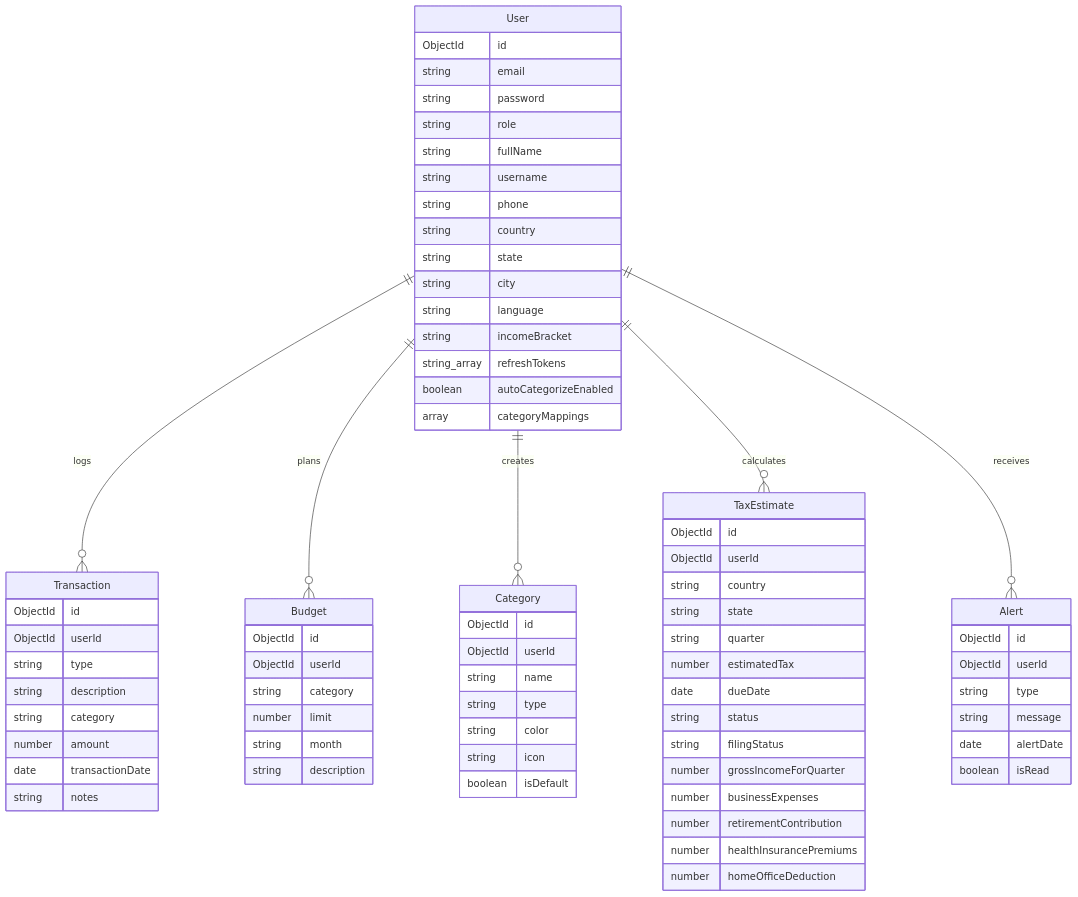
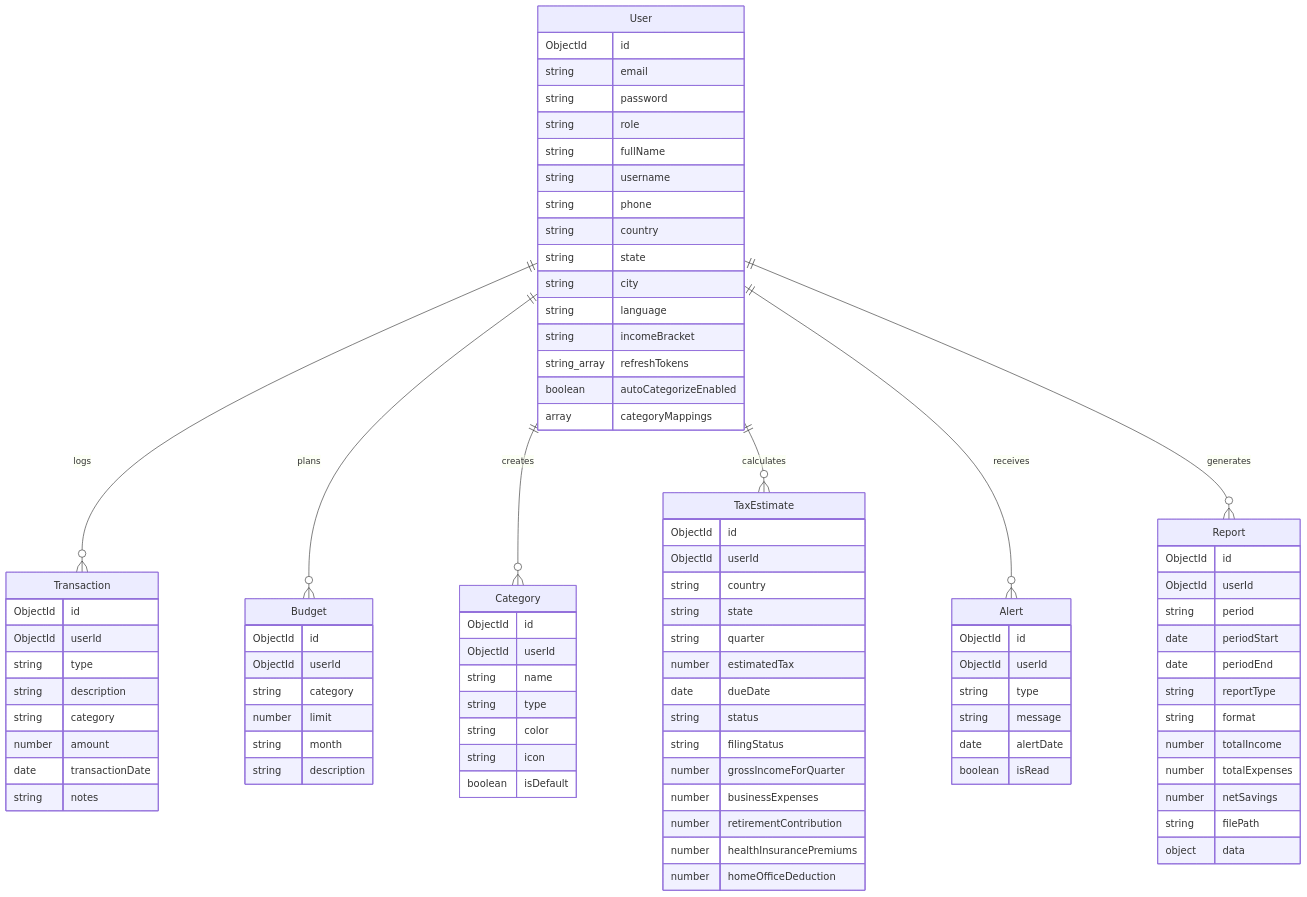
Before and after one commit to springboardmentor09881n-rgb/TaxPal-Batch1: the diagram in README.md, drawn with Mermaid. The commit also changed other lines of this file, not shown here.

Commit message:
Revise README for project structure and milestones
Updated project structure and milestones in README.

````diff
--- a/README.md
+++ b/README.md
@@ -112,6 +112,8 @@
     User ||--o{ Category : creates
     User ||--o{ TaxEstimate : calculates
     User ||--o{ Alert : receives
+    User ||--o{ Report : generates
+
 
     User {
         ObjectId id
@@ -186,4 +188,19 @@
         date alertDate
         boolean isRead
     }
+
+    Report {
+        ObjectId id
+        ObjectId userId
+        string period
+        date periodStart
+        date periodEnd
+        string reportType
+        string format
+        number totalIncome
+        number totalExpenses
+        number netSavings
+        string filePath
+        object data
+    }
 ```
````
